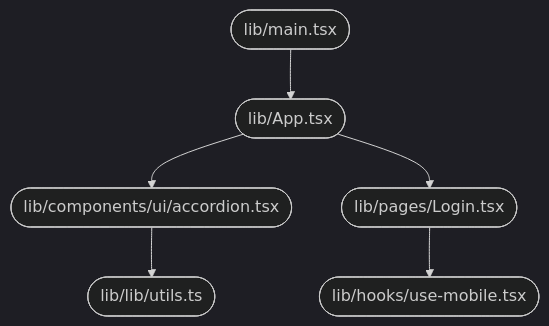
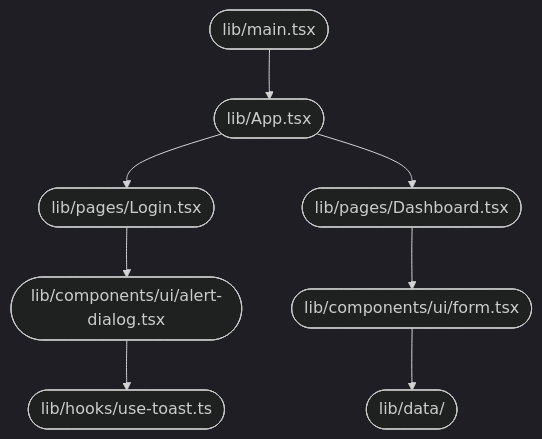
The diagram in DOCUMENTATION.md (jahnavi783/tasty-web-portal), drawn with Mermaid (dark theme) before and after one commit. The commit also changed other lines of this file, not shown here.

````diff
--- a/DOCUMENTATION.md
+++ b/DOCUMENTATION.md
@@ -37,8 +35,10 @@
 ```mermaid
 flowchart TD
-    A([lib/main.tsx]) --> B([lib/App.tsx])
-    B --> C([lib/components/ui/accordion.tsx])
-    B --> D([lib/pages/Login.tsx])
-    C --> E([lib/lib/utils.ts])
-    D --> F([lib/hooks/use-mobile.tsx])
+A([lib/main.tsx]) --> B([lib/App.tsx])
+B --> C([lib/pages/Login.tsx])
+B --> D([lib/pages/Dashboard.tsx])
+C --> E([lib/components/ui/alert-dialog.tsx])
+D --> F([lib/components/ui/form.tsx])
+E --> G([lib/hooks/use-toast.ts])
+F --> H([lib/data/])
 ```
````
